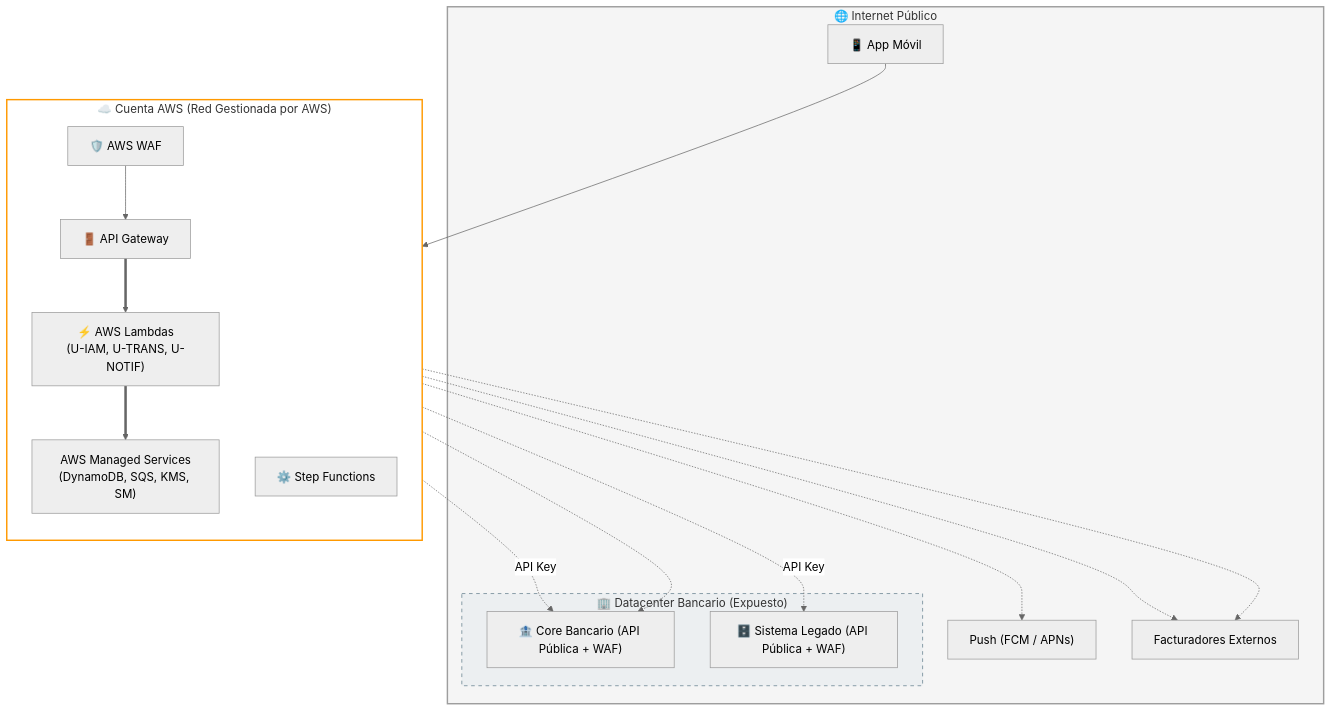
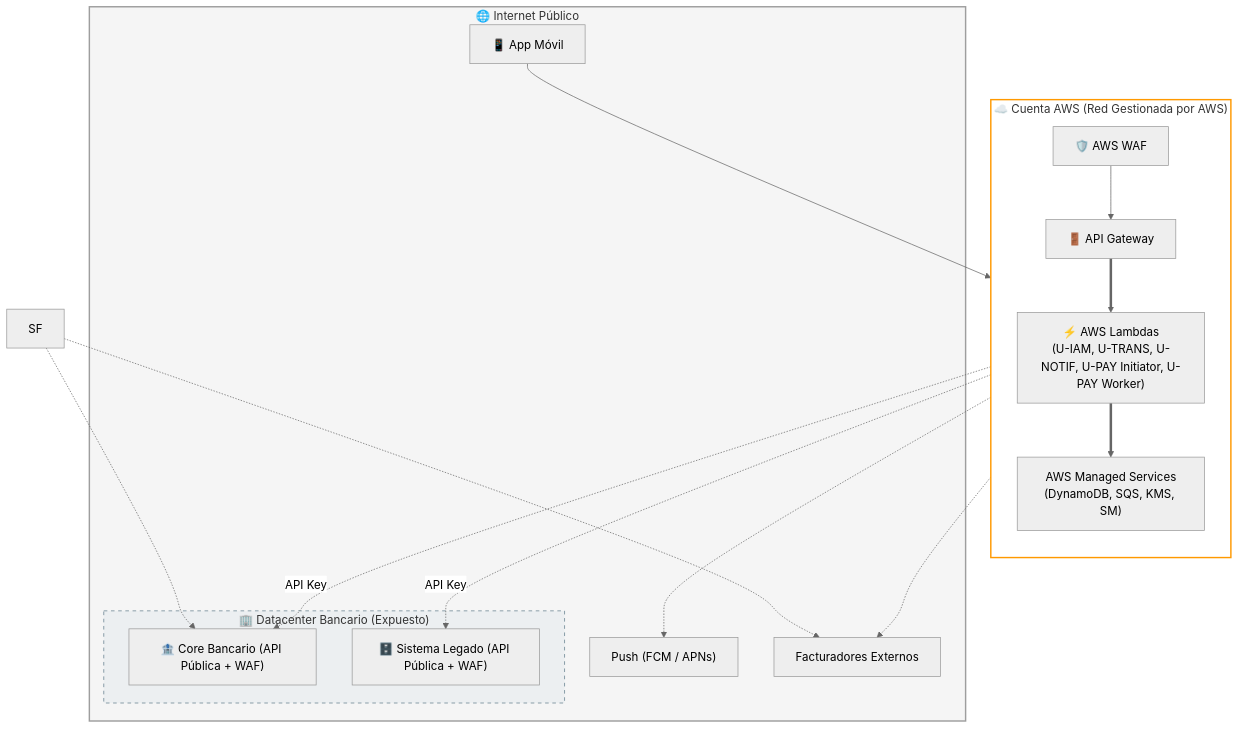
Before and after one commit to shadoweagle1228/pruebainetum: the sixth of 7 diagrams in README.md, drawn with Mermaid (neutral theme). The commit also changed other lines of this file and 1 other file, not shown here.

Commit message:
docs: sync all diagrams to accurately reflect Lambda/SQS Saga implementation instead of Step Functions

````diff
--- a/README.md
+++ b/README.md
@@ -542,44 +548,44 @@
 ```mermaid
 flowchart TB
     subgraph INTERNET["🌐 Internet Público"]
         CLIENT["📱 App Móvil"]
         FCM["Push (FCM / APNs)"]
         BILL["Facturadores Externos"]
         
         subgraph ONPREM["🏢 Datacenter Bancario (Expuesto)"]
             CORE["🏦 Core Bancario (API Pública + WAF)"]
             LEG["🗄️ Sistema Legado (API Pública + WAF)"]
         end
     end
 
     subgraph AWS_ACCOUNT["☁️ Cuenta AWS (Red Gestionada por AWS)"]
         direction TB
         WAF["🛡️ AWS WAF"]
         APIGW["🚪 API Gateway"]
         
-        LAMBDAS["⚡ AWS Lambdas\n(U-IAM, U-TRANS, U-NOTIF)"]
-        SF["⚙️ Step Functions"]
+        LAMBDAS["⚡ AWS Lambdas\n(U-IAM, U-TRANS, U-NOTIF, U-PAY Initiator, U-PAY Worker)"]
+        
         
         SERVICES["AWS Managed Services\n(DynamoDB, SQS, KMS, SM)"]
     end
 
     %% Flujos de entrada
     CLIENT --> WAF
     WAF --> APIGW
     APIGW ==> LAMBDAS
     
     %% Tráfico Interno AWS (Backbone de AWS)
     LAMBDAS ==> SERVICES
     
     %% Tráfico de salida (Por internet)
     LAMBDAS -.->|API Key| CORE
     LAMBDAS -.->|API Key| LEG
     LAMBDAS -.-> FCM
     LAMBDAS -.-> BILL
     SF -.-> BILL
     SF -.-> CORE
 
     style INTERNET fill:#f5f5f5,stroke:#9e9e9e,stroke-width:2px
     style AWS_ACCOUNT fill:#fff,stroke:#ff9900,stroke-width:2px
     style ONPREM fill:#eceff1,stroke:#607d8b,stroke-dasharray: 5 5
 ```
````
